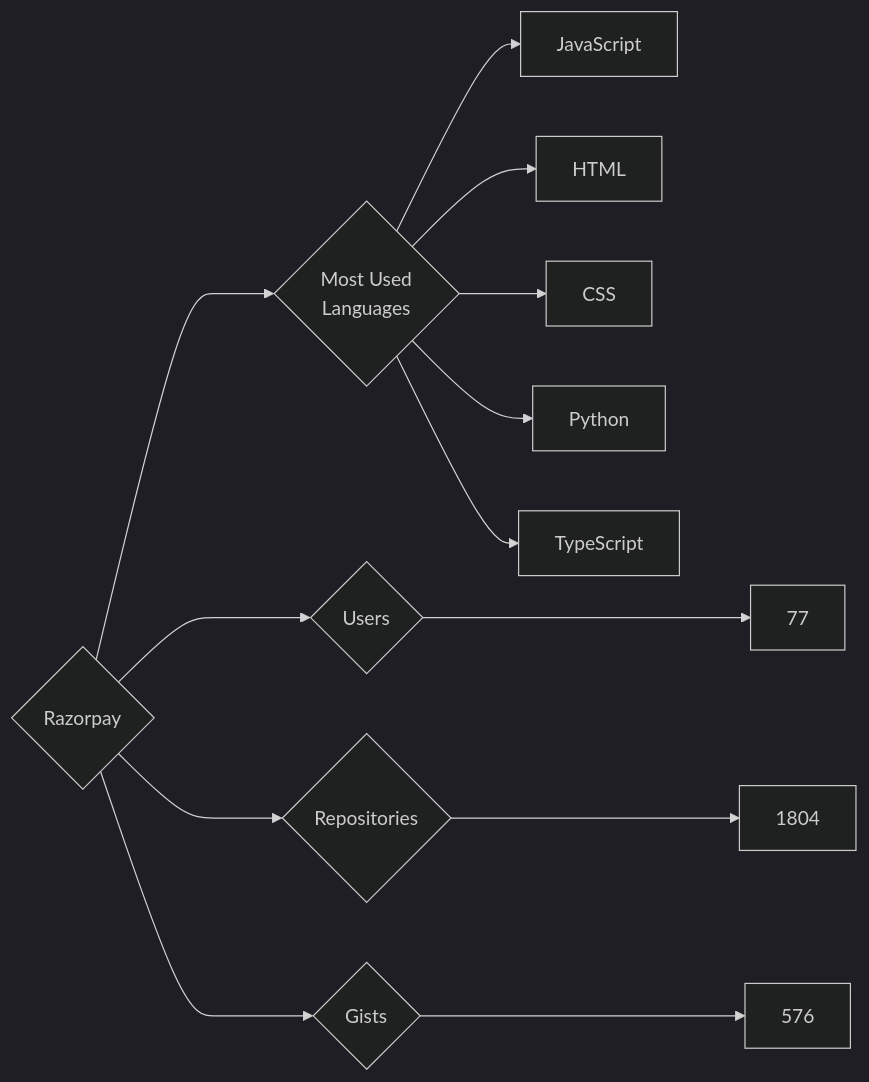
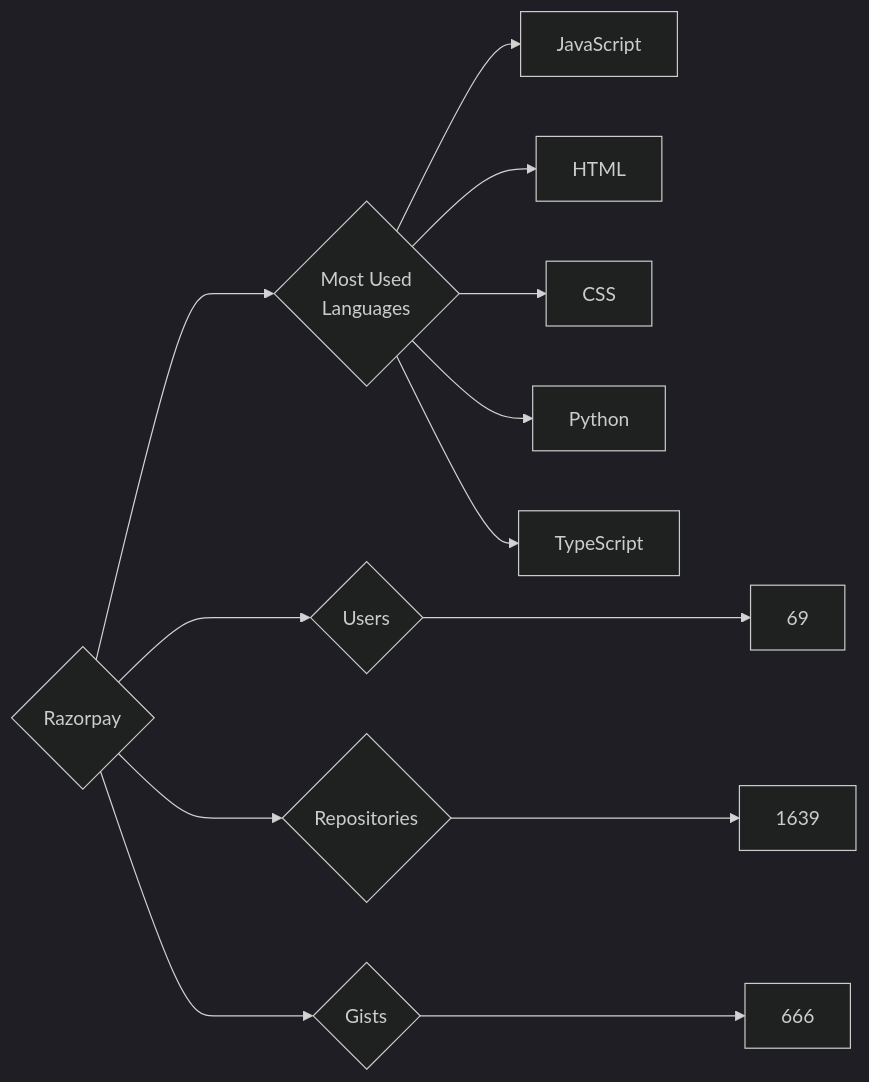
The diagram in targets/Razorpay/README.md (trickest/insiders), drawn with Mermaid (dark theme) before and after one commit. The commit also changed 995 other files, not shown here.

````diff
--- a/targets/Razorpay/README.md
+++ b/targets/Razorpay/README.md
@@ -3,13 +3,13 @@
 ```mermaid
 graph LR
 COMPANY_NAME{Razorpay}
-COMPANY_NAME ---> U{Users} ---> UN[77]
-COMPANY_NAME ---> R{Repositories} ---> RN[1804]
-COMPANY_NAME ---> G{Gists} ---> GN[576]
+COMPANY_NAME ---> U{Users} ---> UN[69]
+COMPANY_NAME ---> R{Repositories} ---> RN[1639]
+COMPANY_NAME ---> G{Gists} ---> GN[666]
 COMPANY_NAME ---> ML{Most Used<br>Languages}
 ML --> JavaScript[JavaScript]
 ML --> HTML[HTML]
 ML --> CSS[CSS]
 ML --> Python[Python]
 ML --> TypeScript[TypeScript]
 ```
````
